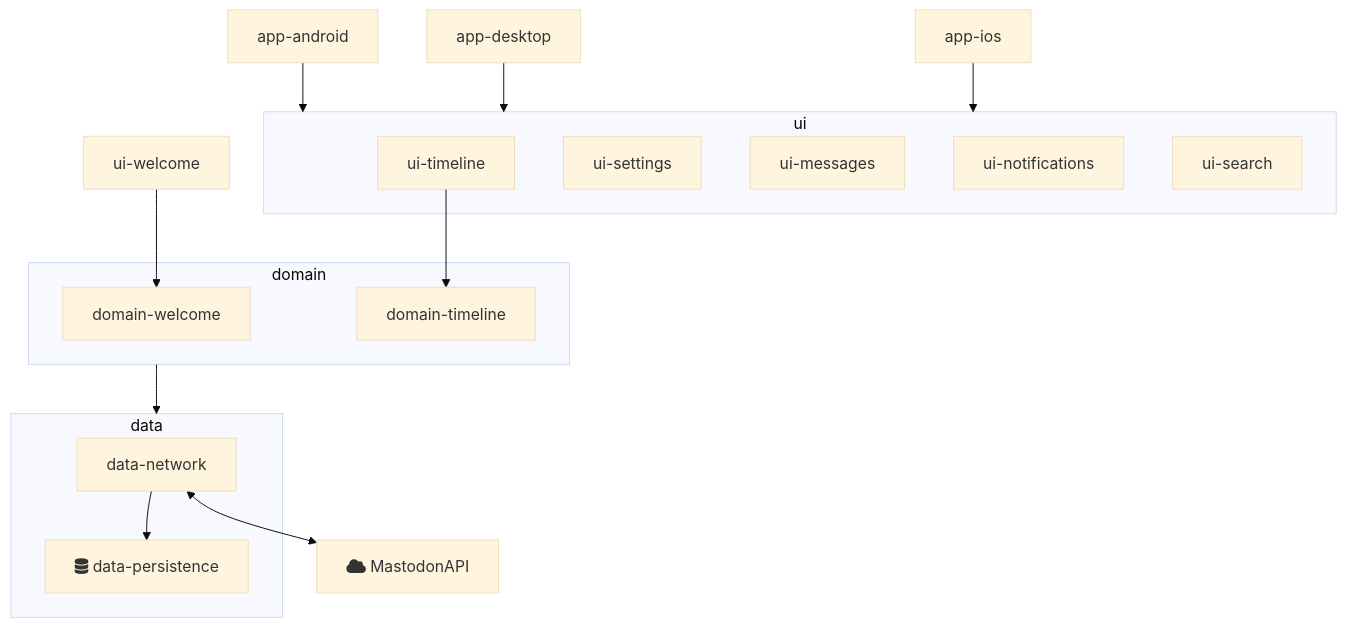
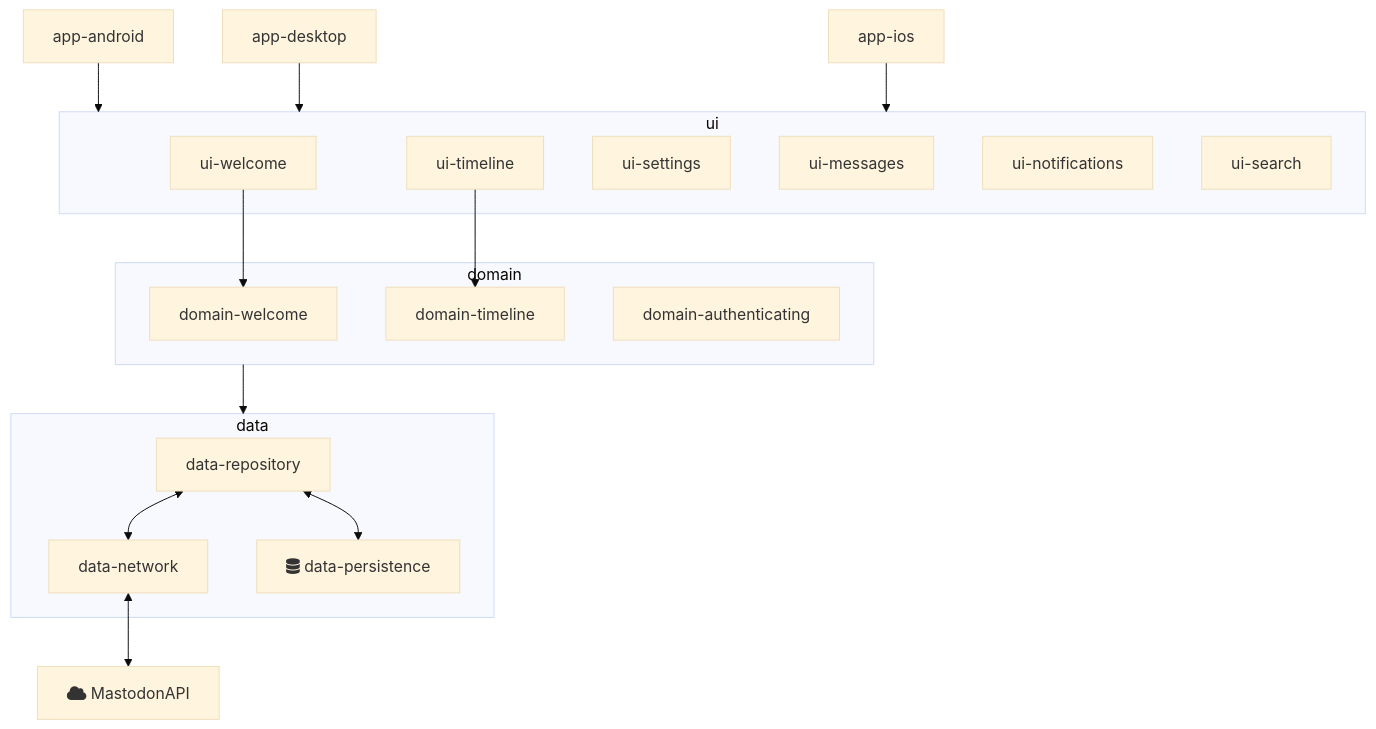
The diagram in CONTRIBUTING.md (AndroidDev-social/DodoForMastodon), drawn with Mermaid (base theme) before and after one commit. The commit also changed other lines of this file, not shown here.

````diff
--- a/CONTRIBUTING.md
+++ b/CONTRIBUTING.md
@@ -106,37 +107,41 @@
 ```mermaid
 flowchart TD
     android[app-android]
     desktop[app-desktop]
     ios[app-ios]
 
     android --> ui
     desktop --> ui
     ios --> ui
 
     ui-welcome --> domain-welcome
     ui-timeline --> domain-timeline
 
     subgraph ui
+        ui-welcome
         ui-timeline
         ui-settings
         ui-messages
         ui-notifications
         ui-search
     end
     
     subgraph domain
         domain-timeline
         domain-welcome
+        domain-authenticating 
     end
     
     domain --> data
 
     subgraph data
+        data-repository
         data-network
         data-persistence
     end
 
-    data-network --> data-persistence[fa:fa-database data-persistence]
+    data-repository <--> data-network
+    data-repository <--> data-persistence[fa:fa-database data-persistence]
 
     data-network <--> Y[fa:fa-cloud MastodonAPI]
 ```
````
